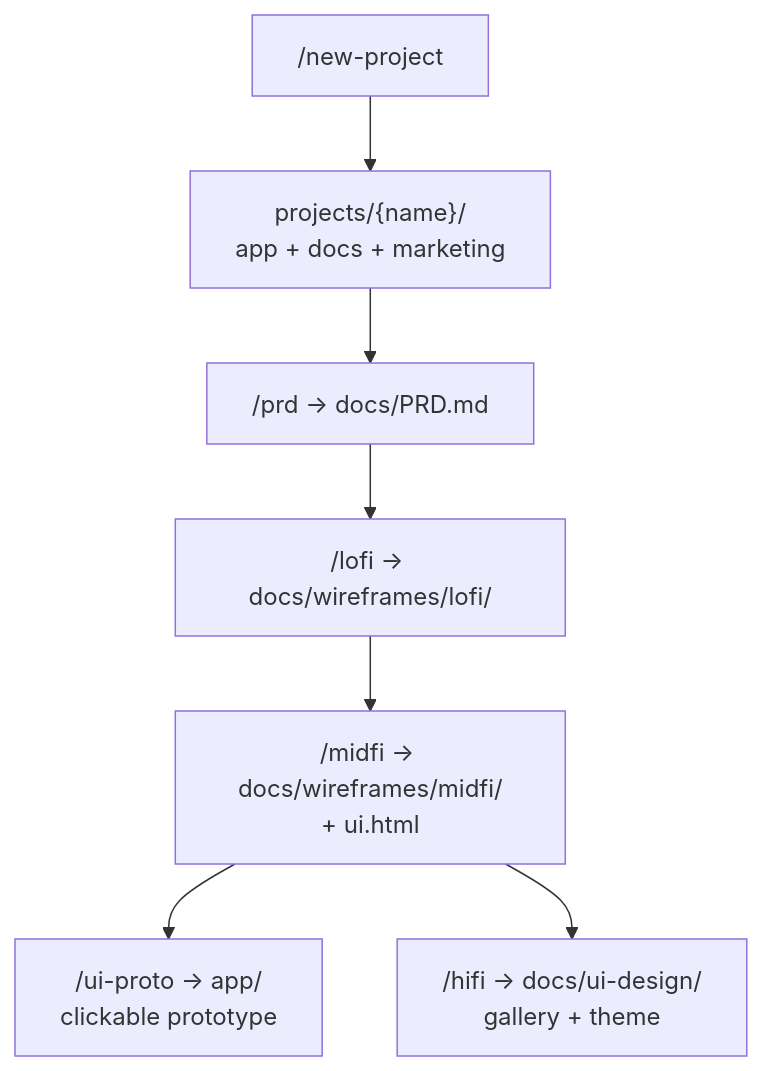
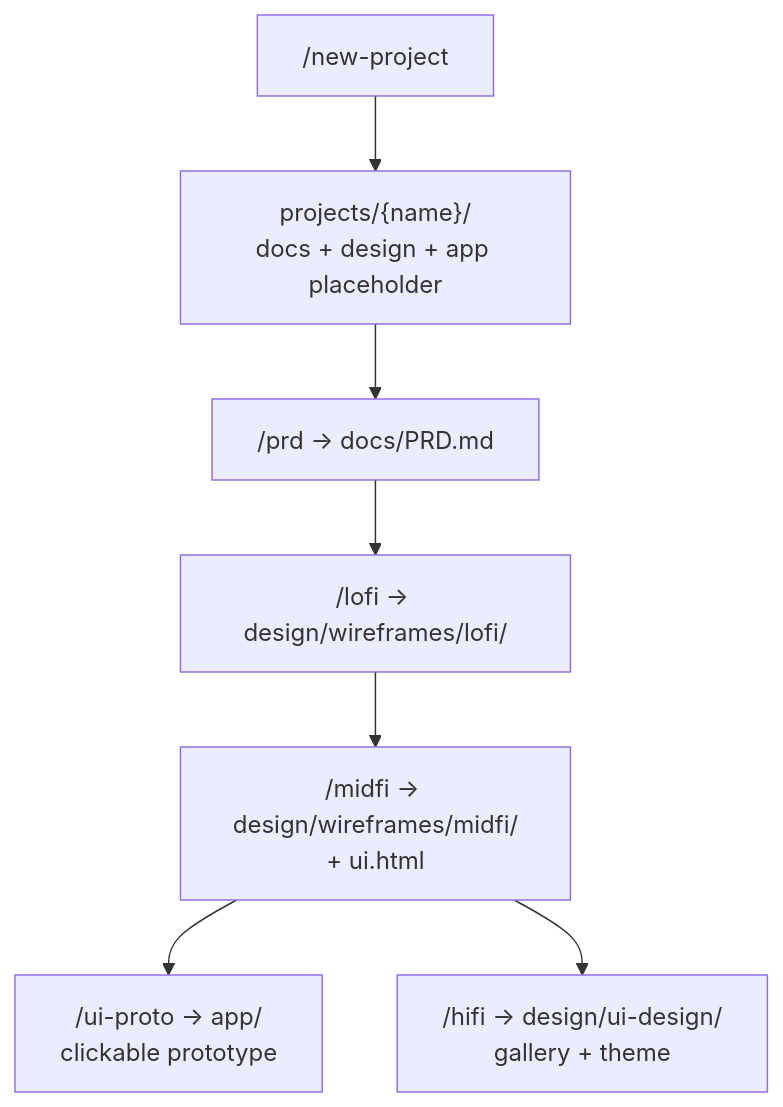
Before and after one commit to luiscielak/ai-product-design-rules: the second of 3 diagrams in README.md, drawn with Mermaid. The commit also changed other lines of this file and 1 other file, not shown here.

````diff
--- a/README.md
+++ b/README.md
@@ -33,9 +33,9 @@
 ```mermaid
 flowchart TB
-  bootstrap["/new-project"] --> structure["projects/{name}/<br/>app + docs + marketing"]
+  bootstrap["/new-project"] --> structure["projects/{name}/<br/>docs + design + app placeholder"]
   structure --> prdOut["/prd → docs/PRD.md"]
-  prdOut --> lofiOut["/lofi → docs/wireframes/lofi/"]
-  lofiOut --> midfiOut["/midfi → docs/wireframes/midfi/<br/>+ ui.html"]
+  prdOut --> lofiOut["/lofi → design/wireframes/lofi/"]
+  lofiOut --> midfiOut["/midfi → design/wireframes/midfi/<br/>+ ui.html"]
   midfiOut --> protoOut["/ui-proto → app/<br/>clickable prototype"]
-  midfiOut --> hifiOut["/hifi → docs/ui-design/<br/>gallery + theme"]
+  midfiOut --> hifiOut["/hifi → design/ui-design/<br/>gallery + theme"]
 ```
````
